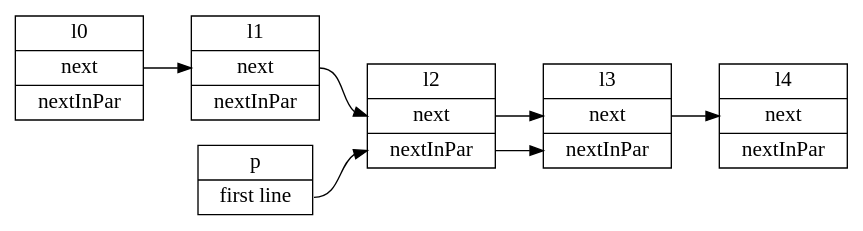
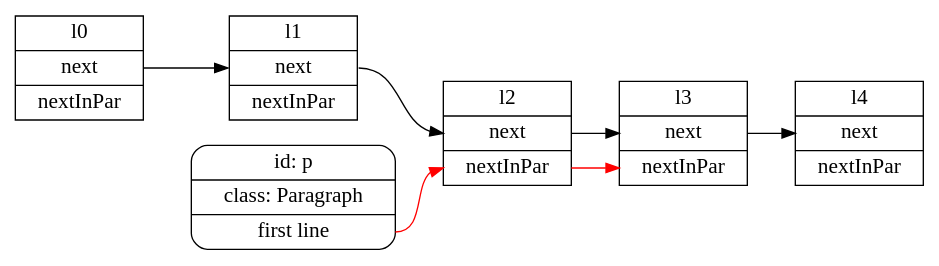
One commit to pqnelson/pqnelson.github.com changed the diagram in assets/auto-ds-par0.dot. Above: the diagram before and after it, drawn with Graphviz. The commit also changed 2 other files, not shown here.

```diff
--- a/assets/auto-ds-par0.dot
+++ b/assets/auto-ds-par0.dot
@@ -1,18 +1,18 @@
 digraph g {
         graph [rankdir="LR"];
         node [fontsize="16";
               shape="record"];
         "line0" [label = "<head>l0|<next>next|<nextInPar>nextInPar"];
         "line1" [label = "<head>l1|<next>next|<nextInPar>nextInPar"];
         "line2" [label = "<head>l2|<next>next|<nextInPar>nextInPar"];
         "line3" [label = "<head>l3|<next>next|<nextInPar>nextInPar"];
         "line4" [label = "<head>l4|<next>next|<nextInPar>nextInPar"];
-        "par0" [label = "<head>p|<firstLine>first line"];
+        "par0" [shape=Mrecord, label = "<head>id: p|class: Paragraph|<firstLine>first line"];
         "line0":next -> "line1":next;
         "line1":next -> "line2":next;
         "line2":next -> "line3":next;
         "line3":next -> "line4":next;
 
-        "par0":firstLine -> "line2":nextInPar;
-        "line2":nextInPar -> "line3":nextInPar;
+        "par0":firstLine -> "line2":nextInPar [color="red"];
+        "line2":nextInPar -> "line3":nextInPar [color="red"];
 }
```
